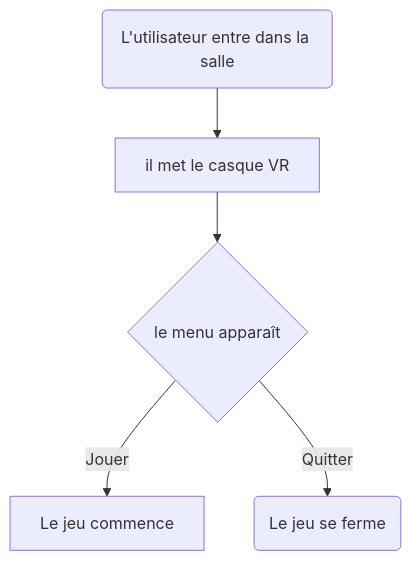
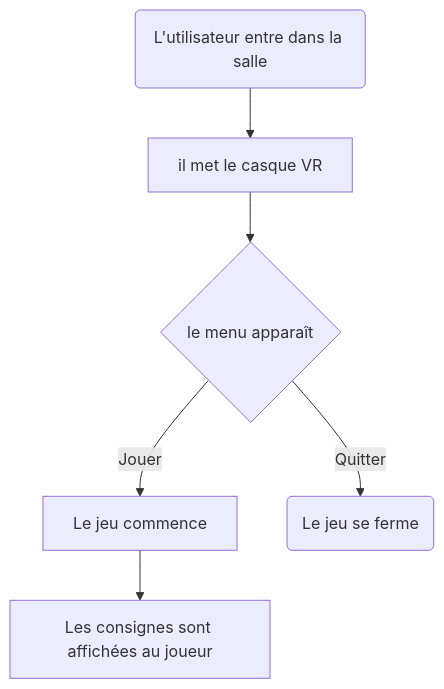
One commit to samesthumain/sac-de-sable changed the diagram in README.md. Above: the diagram before and after it, drawn with Mermaid.

````diff
--- a/README.md
+++ b/README.md
@@ -5,8 +5,9 @@
 ```mermaid
 flowchart TD
     A(L'utilisateur entre dans la salle) --> B[il met le casque VR]
     B --> C{le menu apparaît}
     C -->|Jouer| D[Le jeu commence]
     C -->|Quitter| E(Le jeu se ferme)
+    D --> F[Les consignes sont affichées au joueur]
 
 ```
````
